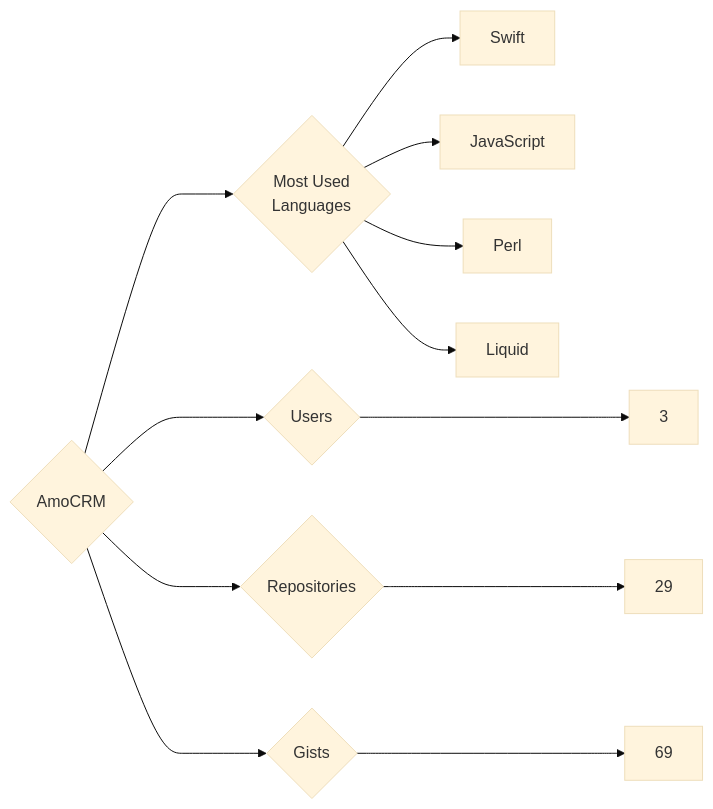
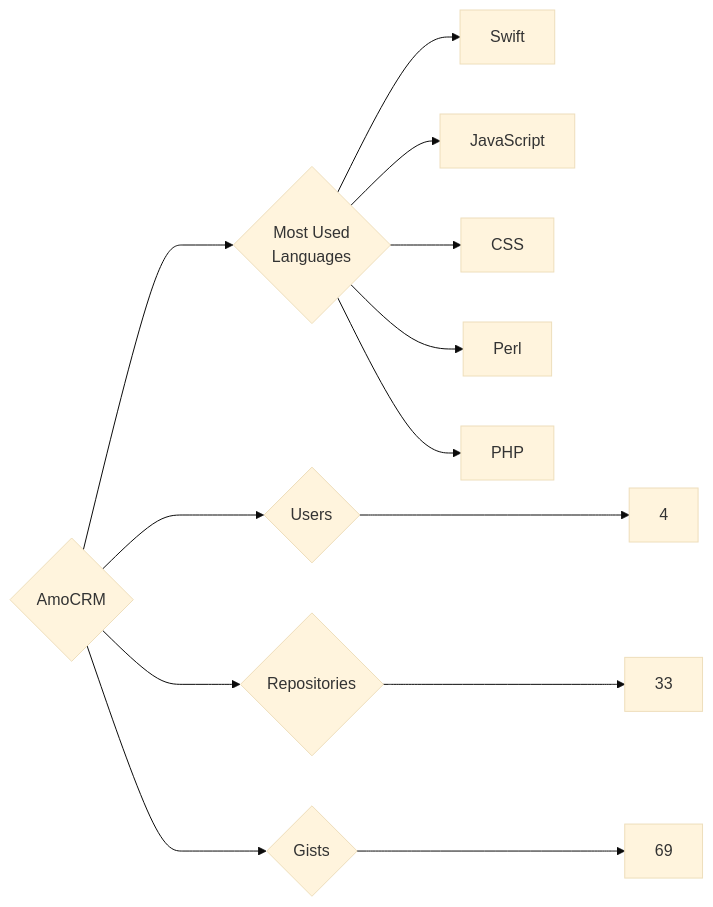
Before and after one commit to trickest/insiders: the diagram in targets/AmoCRM/README.md, drawn with Mermaid (base theme). The commit also changed 693 other files, not shown here.

````diff
--- a/targets/AmoCRM/README.md
+++ b/targets/AmoCRM/README.md
@@ -3,12 +3,13 @@
 ```mermaid
 graph LR
 COMPANY_NAME{AmoCRM}
-COMPANY_NAME ---> U{Users} ---> UN[3]
-COMPANY_NAME ---> R{Repositories} ---> RN[29]
+COMPANY_NAME ---> U{Users} ---> UN[4]
+COMPANY_NAME ---> R{Repositories} ---> RN[33]
 COMPANY_NAME ---> G{Gists} ---> GN[69]
 COMPANY_NAME ---> ML{Most Used<br>Languages}
 ML --> Swift[Swift]
 ML --> JavaScript[JavaScript]
+ML --> CSS[CSS]
 ML --> Perl[Perl]
-ML --> Liquid[Liquid]
+ML --> PHP[PHP]
 ```
````
